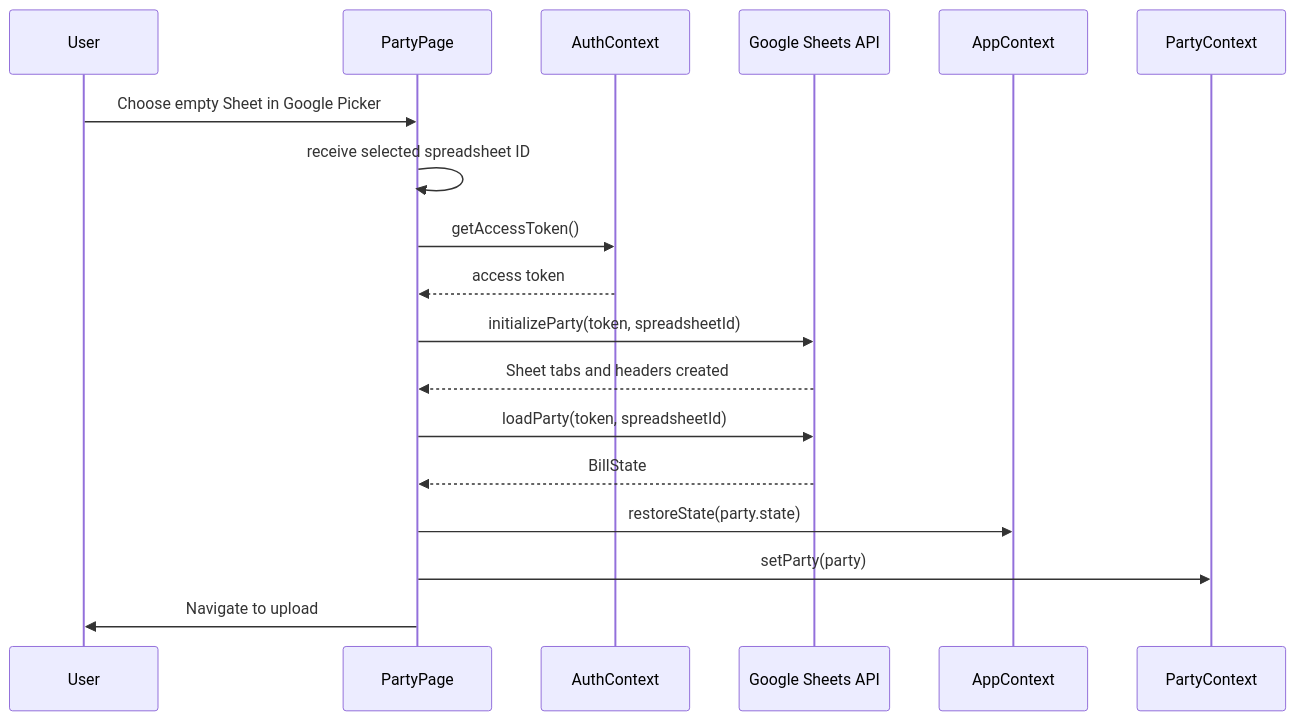
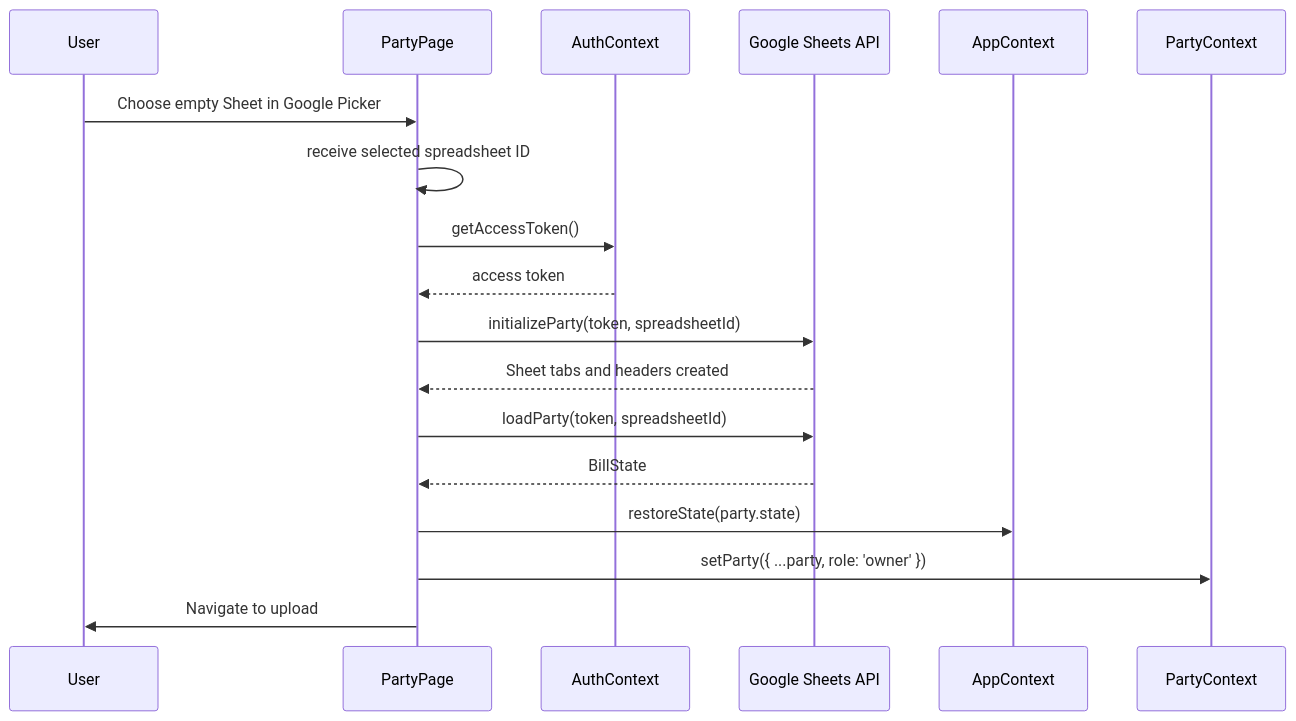
The fourth of 7 diagrams in docs/APP_DOCUMENTATION.md (Karthik-29/SnapSplit), drawn with Mermaid before and after one commit. The commit also changed other lines of this file and 36 other files, not shown here.

````diff
--- a/docs/APP_DOCUMENTATION.md
+++ b/docs/APP_DOCUMENTATION.md
@@ -574,21 +597,21 @@
 ```mermaid
 sequenceDiagram
   participant U as User
   participant P as PartyPage
   participant A as AuthContext
   participant G as Google Sheets API
   participant C as AppContext
   participant PC as PartyContext
 
   U->>P: Choose empty Sheet in Google Picker
   P->>P: receive selected spreadsheet ID
   P->>A: getAccessToken()
   A-->>P: access token
   P->>G: initializeParty(token, spreadsheetId)
   G-->>P: Sheet tabs and headers created
   P->>G: loadParty(token, spreadsheetId)
   G-->>P: BillState
   P->>C: restoreState(party.state)
-  P->>PC: setParty(party)
+  P->>PC: setParty({ ...party, role: 'owner' })
   P->>U: Navigate to upload
 ```
````
